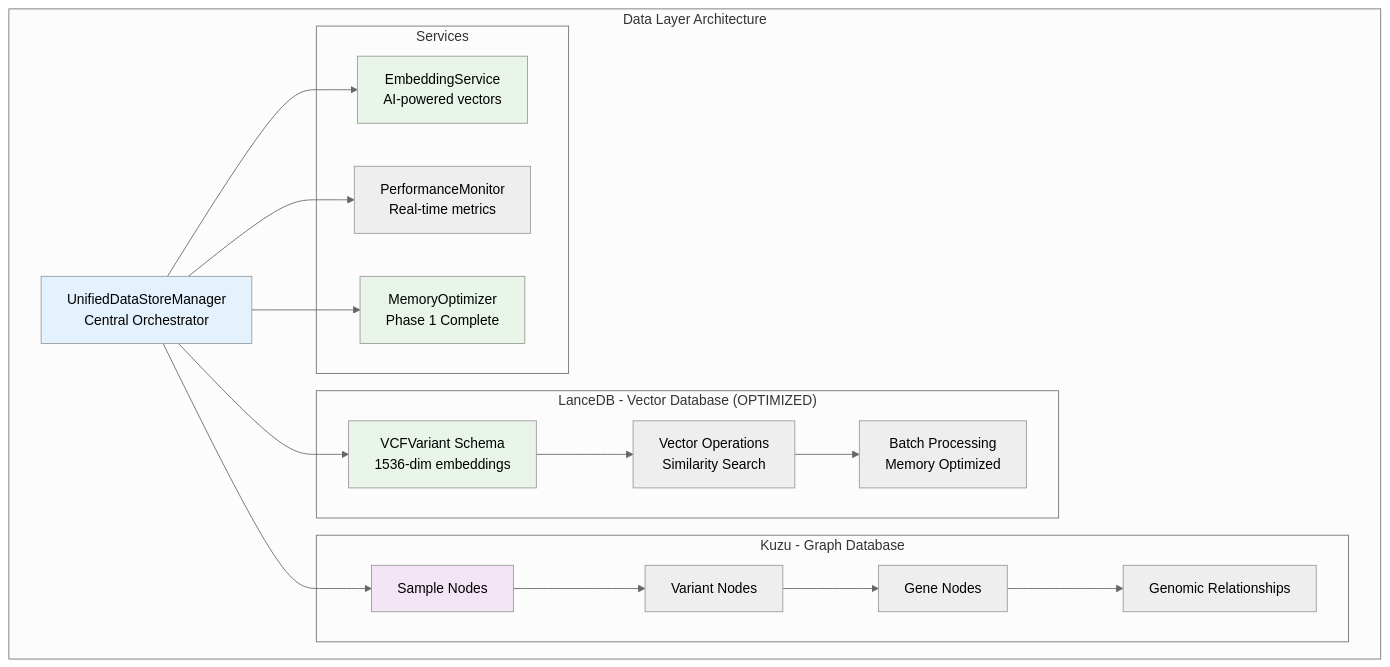
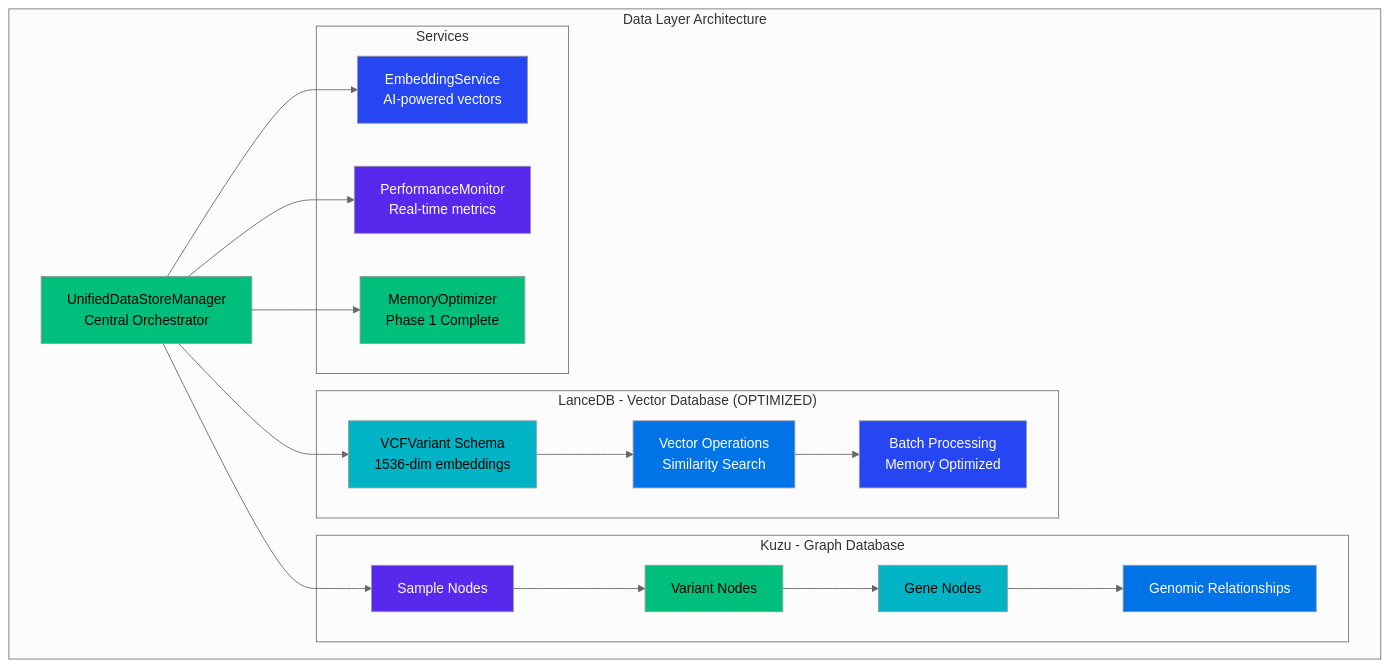
Before and after one commit to elementalcollision/vcf_analysis: the second of 13 diagrams in README.md, drawn with Mermaid (neutral theme). The commit also changed other lines of this file and 1 other file, not shown here.

````diff
--- a/README.md
+++ b/README.md
@@ -184,44 +188,50 @@
 ```mermaid
 graph TB
     subgraph "Data Layer Architecture"
         DSM[UnifiedDataStoreManager<br/>Central Orchestrator]
         
         subgraph "LanceDB - Vector Database (OPTIMIZED)"
             VCF_SCHEMA[VCFVariant Schema<br/>1536-dim embeddings]
             VECTOR_OPS[Vector Operations<br/>Similarity Search]
             BATCH_PROC[Batch Processing<br/>Memory Optimized]
         end
         
         subgraph "Kuzu - Graph Database"
             SAMPLE_NODES[Sample Nodes]
             VARIANT_NODES[Variant Nodes]
             GENE_NODES[Gene Nodes]
             RELATIONSHIPS[Genomic Relationships]
         end
         
         subgraph "Services"
             EMBED_SVC[EmbeddingService<br/>AI-powered vectors]
             PERF_MON[PerformanceMonitor<br/>Real-time metrics]
             MEM_OPT[MemoryOptimizer<br/>Phase 1 Complete]
         end
     end
     
     DSM --> VCF_SCHEMA
     DSM --> SAMPLE_NODES
     DSM --> EMBED_SVC
     DSM --> PERF_MON
     DSM --> MEM_OPT
     
     VCF_SCHEMA --> VECTOR_OPS
     VECTOR_OPS --> BATCH_PROC
     
     SAMPLE_NODES --> VARIANT_NODES
     VARIANT_NODES --> GENE_NODES
     GENE_NODES --> RELATIONSHIPS
     
-    style DSM fill:#e3f2fd
-    style VCF_SCHEMA fill:#e8f5e8
-    style SAMPLE_NODES fill:#f3e5f5
-    style EMBED_SVC fill:#e8f5e8
-    style MEM_OPT fill:#e8f5e8
+    style DSM fill:#00bf7d,color:#000000
+    style VCF_SCHEMA fill:#00b4c5,color:#000000
+    style VECTOR_OPS fill:#0073e6,color:#ffffff
+    style BATCH_PROC fill:#2546f0,color:#ffffff
+    style SAMPLE_NODES fill:#5928ed,color:#ffffff
+    style VARIANT_NODES fill:#00bf7d,color:#000000
+    style GENE_NODES fill:#00b4c5,color:#000000
+    style RELATIONSHIPS fill:#0073e6,color:#ffffff
+    style EMBED_SVC fill:#2546f0,color:#ffffff
+    style PERF_MON fill:#5928ed,color:#ffffff
+    style MEM_OPT fill:#00bf7d,color:#000000
 ```
````
